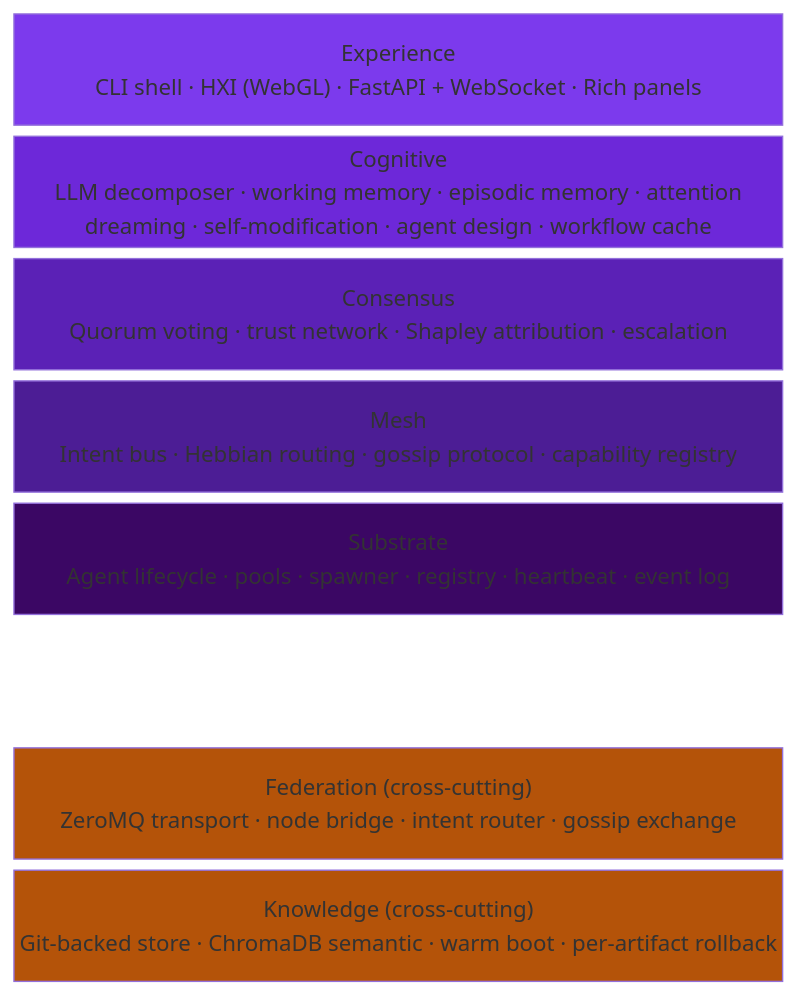
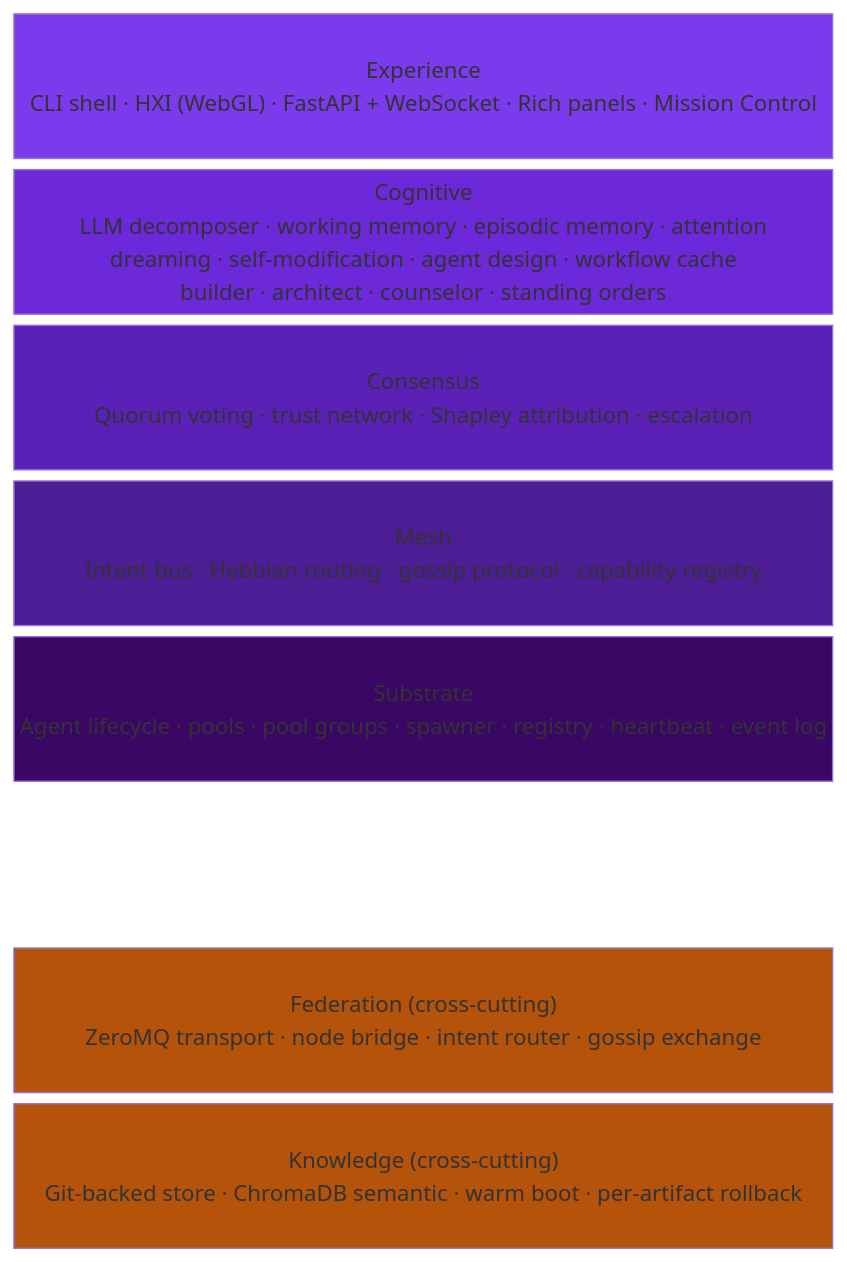
The first of 3 diagrams in docs/architecture/overview.md (seangalliher/ProbOS), drawn with Mermaid before and after one commit. The commit also changed other lines of this file and 11 other files, not shown here.

````diff
--- a/docs/architecture/overview.md
+++ b/docs/architecture/overview.md
@@ -5,20 +5,20 @@
 ```mermaid
 block-beta
     columns 1
-    Experience["Experience\nCLI shell · HXI (WebGL) · FastAPI + WebSocket · Rich panels"]
-    Cognitive["Cognitive\nLLM decomposer · working memory · episodic memory · attention\ndreaming · self-modification · agent design · workflow cache"]
+    Experience["Experience\nCLI shell · HXI (WebGL) · FastAPI + WebSocket · Rich panels · Mission Control"]
+    Cognitive["Cognitive\nLLM decomposer · working memory · episodic memory · attention\ndreaming · self-modification · agent design · workflow cache\nbuilder · architect · counselor · standing orders"]
     Consensus["Consensus\nQuorum voting · trust network · Shapley attribution · escalation"]
     Mesh["Mesh\nIntent bus · Hebbian routing · gossip protocol · capability registry"]
-    Substrate["Substrate\nAgent lifecycle · pools · spawner · registry · heartbeat · event log"]
+    Substrate["Substrate\nAgent lifecycle · pools · pool groups · spawner · registry · heartbeat · event log"]
     space
     Federation["Federation (cross-cutting)\nZeroMQ transport · node bridge · intent router · gossip exchange"]
     Knowledge["Knowledge (cross-cutting)\nGit-backed store · ChromaDB semantic · warm boot · per-artifact rollback"]
 
     style Experience fill:#7c3aed,color:#fff
     style Cognitive fill:#6d28d9,color:#fff
     style Consensus fill:#5b21b6,color:#fff
     style Mesh fill:#4c1d95,color:#fff
     style Substrate fill:#3b0764,color:#fff
     style Federation fill:#b45309,color:#fff
     style Knowledge fill:#b45309,color:#fff
 ```
````
